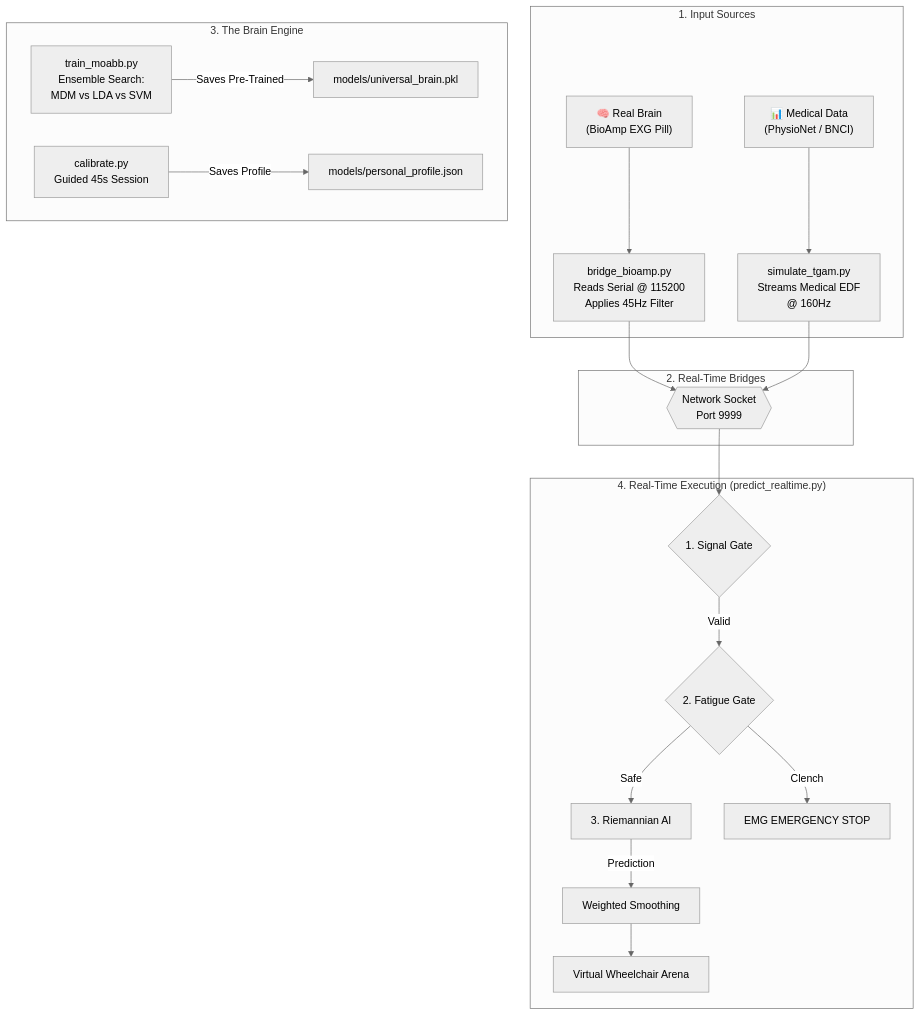
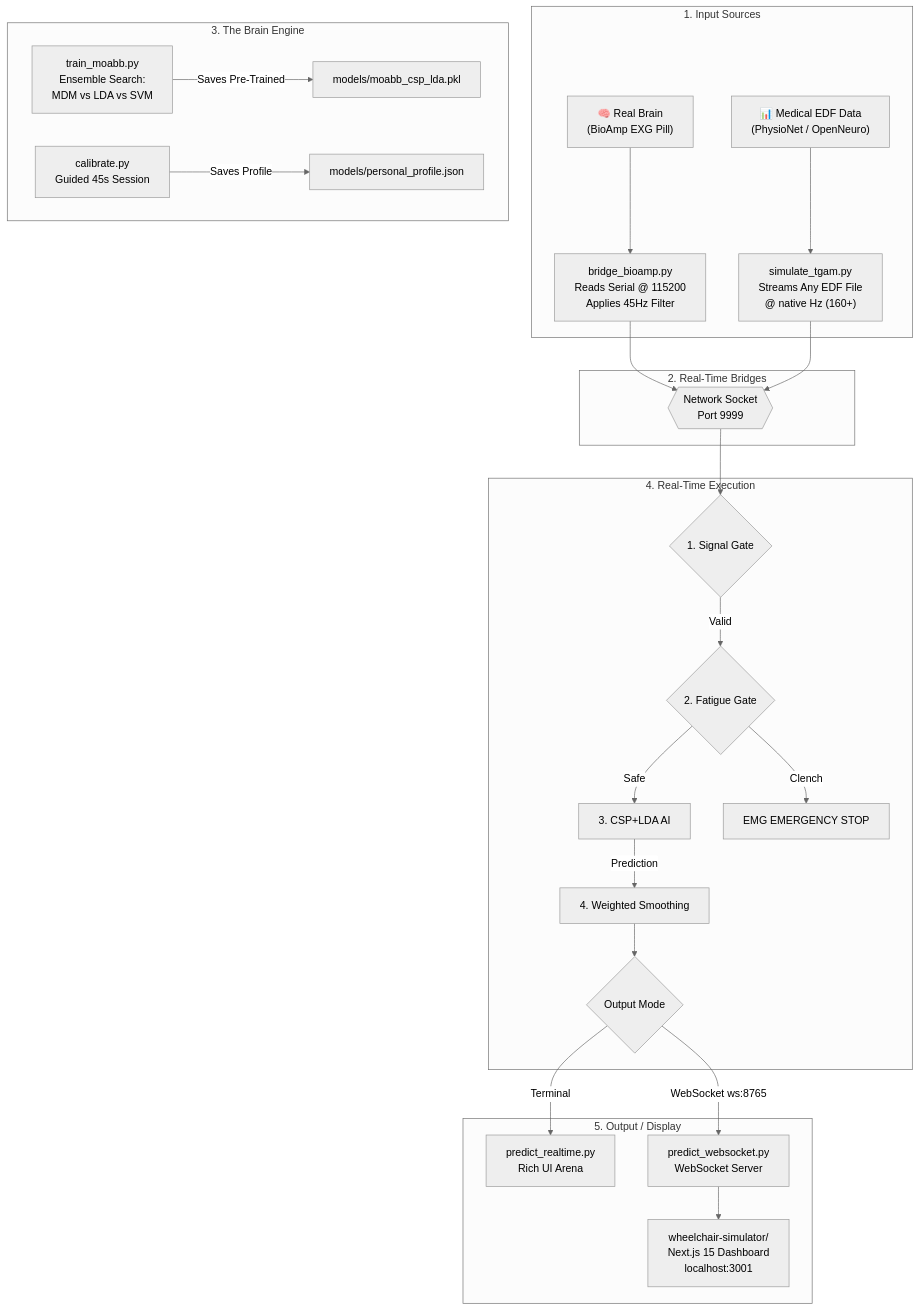
One commit to NAVEENKCG/Mind_Wave_AImodel changed the diagram in ARCHITECTURE.md. Above: the diagram before and after it, drawn with Mermaid (neutral theme). The commit also changed other lines of this file and 1 other file, not shown here.

First line of the commit message:
docs: update FILE_ROLES and ARCHITECTURE to v3.0

````diff
--- a/ARCHITECTURE.md
+++ b/ARCHITECTURE.md
@@ -9,36 +9,42 @@
 ```mermaid
 flowchart TD
     %% Input Layer
     subgraph INPUT["1. Input Sources"]
         A1["🧠 Real Brain<br/>(BioAmp EXG Pill)"] --> B1
-        A2["📊 Medical Data<br/>(PhysioNet / BNCI)"] --> B2
+        A2["📊 Medical EDF Data<br/>(PhysioNet / OpenNeuro)"] --> B2
     end
 
     %% Signal Processing Layer
     subgraph BRIDGES["2. Real-Time Bridges"]
         B1["bridge_bioamp.py<br/>Reads Serial @ 115200<br/>Applies 45Hz Filter"]
-        B2["simulate_tgam.py<br/>Streams Medical EDF<br/>@ 160Hz"]
+        B2["simulate_tgam.py<br/>Streams Any EDF File<br/>@ native Hz (160+)"]
         B1 --> SOCKET
         B2 --> SOCKET
         SOCKET{{"Network Socket<br/>Port 9999"}}
     end
 
     %% AI Learning Layer
     subgraph AI["3. The Brain Engine"]
-        T["train_moabb.py<p/>Ensemble Search:<br/>MDM vs LDA vs SVM"]
-        T -->|Saves Pre-Trained| M1["models/universal_brain.pkl"]
+        T["train_moabb.py<br/>Ensemble Search:<br/>MDM vs LDA vs SVM"]
+        T -->|Saves Pre-Trained| M1["models/moabb_csp_lda.pkl"]
         CAL["calibrate.py<br/>Guided 45s Session"]
         CAL -->|Saves Profile| P1["models/personal_profile.json"]
     end
 
     %% Execution Layer
-    subgraph LIVE["4. Real-Time Execution (predict_realtime.py)"]
+    subgraph LIVE["4. Real-Time Execution"]
         SOCKET --> GATE{1. Signal Gate}
         GATE --Valid--> FATIGUE{2. Fatigue Gate}
-        FATIGUE --Safe--> BRAIN[3. Riemannian AI]
+        FATIGUE --Safe--> BRAIN[3. CSP+LDA AI]
         FATIGUE --Clench--> STOP[EMG EMERGENCY STOP]
-        
-        BRAIN -->|Prediction| VOTE[Weighted Smoothing]
-        VOTE --> ARENA["Virtual Wheelchair Arena"]
+        BRAIN -->|Prediction| VOTE[4. Weighted Smoothing]
+        VOTE --> SPLIT{Output Mode}
+    end
+
+    %% Output Layer
+    subgraph OUTPUT["5. Output / Display"]
+        SPLIT -->|Terminal| TERM["predict_realtime.py<br/>Rich UI Arena"]
+        SPLIT -->|WebSocket ws:8765| WS["predict_websocket.py<br/>WebSocket Server"]
+        WS --> DASH["wheelchair-simulator/<br/>Next.js 15 Dashboard<br/>localhost:3001"]
     end
 ```
````
